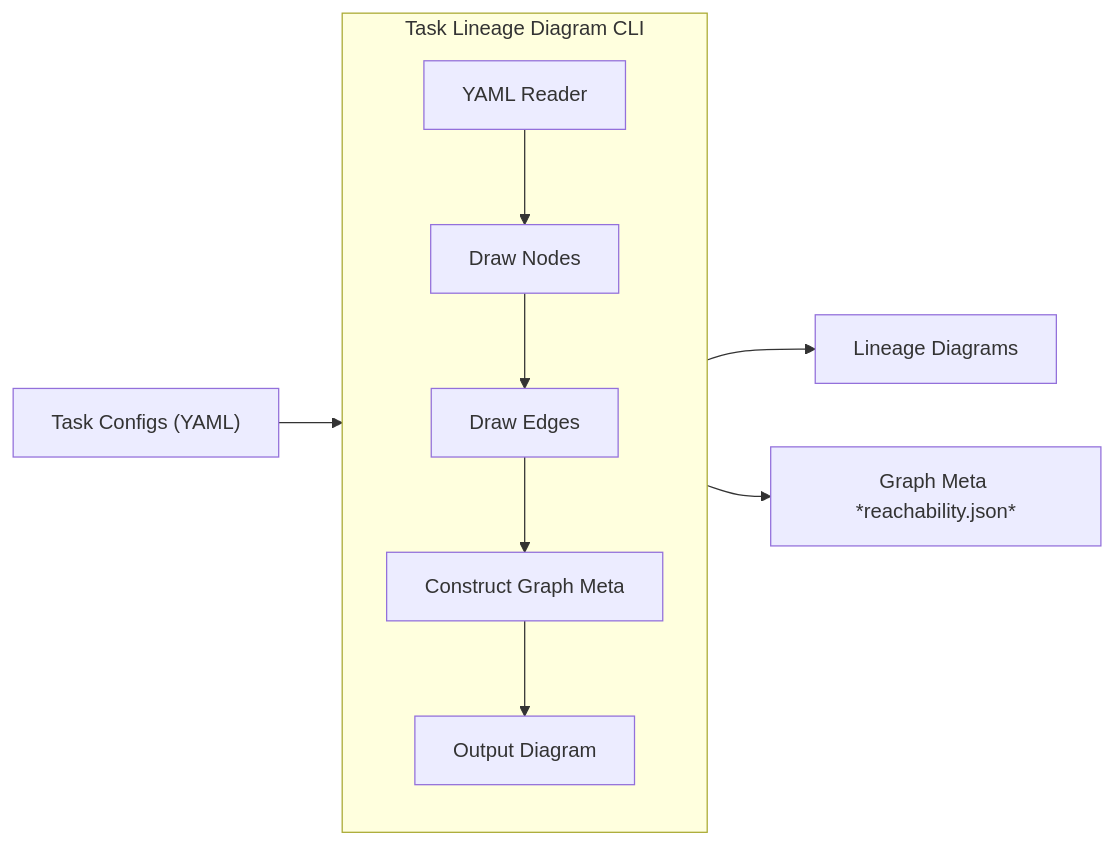
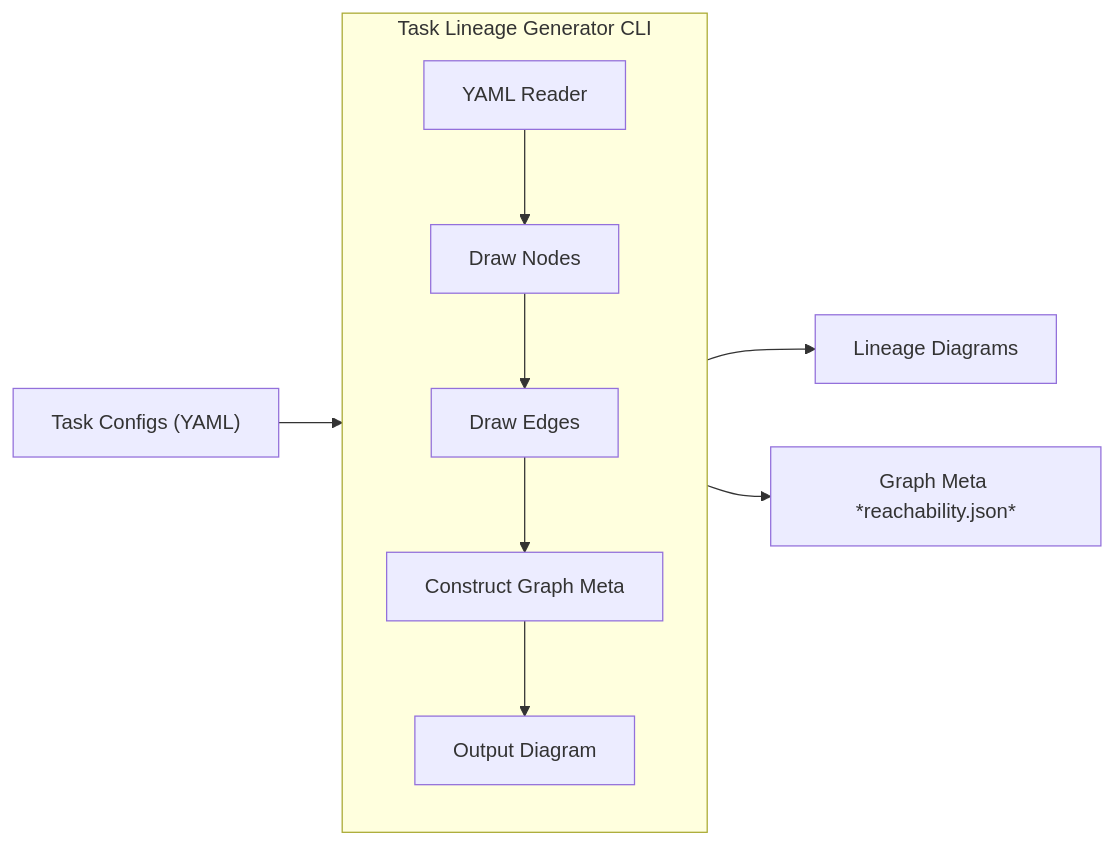
Before and after one commit to TimJJTing/Task-Lineage-Diagram: the diagram in README.md, drawn with Mermaid. The commit also changed other lines of this file and 10 other files, not shown here.

````diff
--- a/README.md
+++ b/README.md
@@ -84,9 +91,9 @@
 ```mermaid
 flowchart LR
-    subgraph tool["Task Lineage Diagram CLI"]
+    subgraph tool["Task Lineage Generator CLI"]
     reader["YAML Reader"] --> node["Draw Nodes"] --> edge["Draw Edges"] --> out1["Construct Graph Meta"] --> out2["Output Diagram"]
     end
     yaml["Task Configs (YAML)"] --> tool
     tool --> diag["Lineage Diagrams"]
     tool --> meta["Graph Meta *reachability.json*"]
 ```
````
